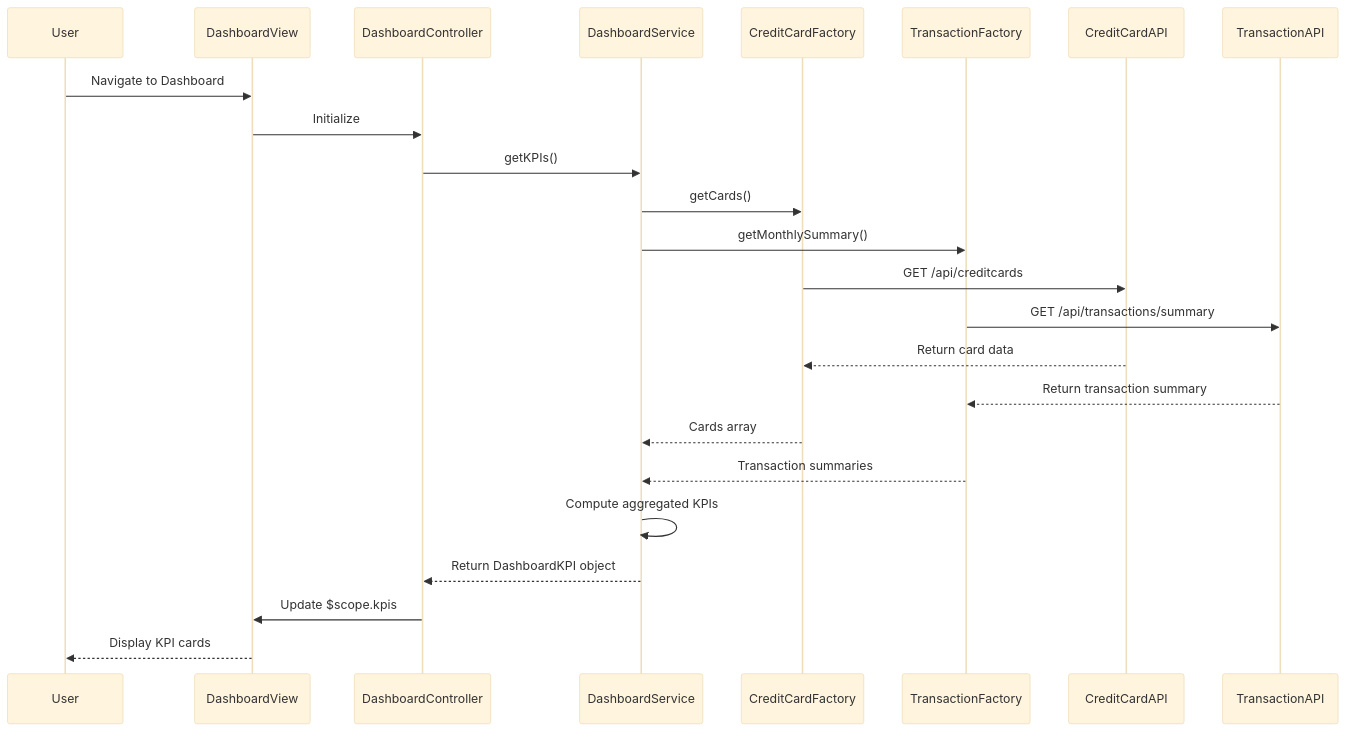
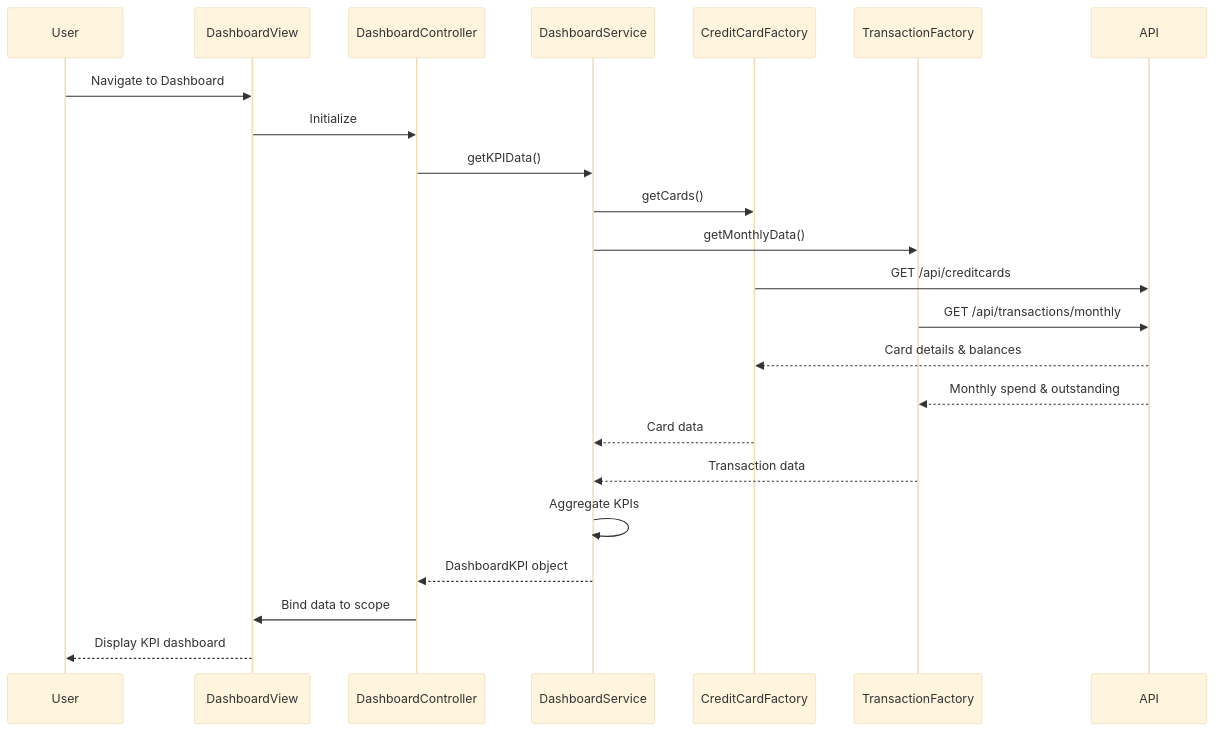
The diagram in LLD/QE-4643_LLD.md (Davamani-git/APB_Demo), drawn with Mermaid (base theme) before and after one commit. The commit also changed other lines of this file and 2 other files, not shown here.

````diff
--- a/LLD/QE-4643_LLD.md
+++ b/LLD/QE-4643_LLD.md
@@ -90,27 +78,26 @@
 ```mermaid
 sequenceDiagram
     participant User
     participant DashboardView
     participant DashboardController
     participant DashboardService
     participant CreditCardFactory
     participant TransactionFactory
-    participant CreditCardAPI
-    participant TransactionAPI
+    participant API
 
     User->>DashboardView: Navigate to Dashboard
     DashboardView->>DashboardController: Initialize
-    DashboardController->>DashboardService: getKPIs()
+    DashboardController->>DashboardService: getKPIData()
     DashboardService->>CreditCardFactory: getCards()
-    DashboardService->>TransactionFactory: getMonthlySummary()
-    CreditCardFactory->>CreditCardAPI: GET /api/creditcards
-    TransactionFactory->>TransactionAPI: GET /api/transactions/summary
-    CreditCardAPI-->>CreditCardFactory: Return card data
-    TransactionAPI-->>TransactionFactory: Return transaction summary
-    CreditCardFactory-->>DashboardService: Cards array
-    TransactionFactory-->>DashboardService: Transaction summaries
-    DashboardService->>DashboardService: Compute aggregated KPIs
-    DashboardService-->>DashboardController: Return DashboardKPI object
-    DashboardController->>DashboardView: Update $scope.kpis
-    DashboardView-->>User: Display KPI cards
+    DashboardService->>TransactionFactory: getMonthlyData()
+    CreditCardFactory->>API: GET /api/creditcards
+    TransactionFactory->>API: GET /api/transactions/monthly
+    API-->>CreditCardFactory: Card details & balances
+    API-->>TransactionFactory: Monthly spend & outstanding
+    CreditCardFactory-->>DashboardService: Card data
+    TransactionFactory-->>DashboardService: Transaction data
+    DashboardService->>DashboardService: Aggregate KPIs
+    DashboardService-->>DashboardController: DashboardKPI object
+    DashboardController->>DashboardView: Bind data to scope
+    DashboardView-->>User: Display KPI dashboard
 ```
````
